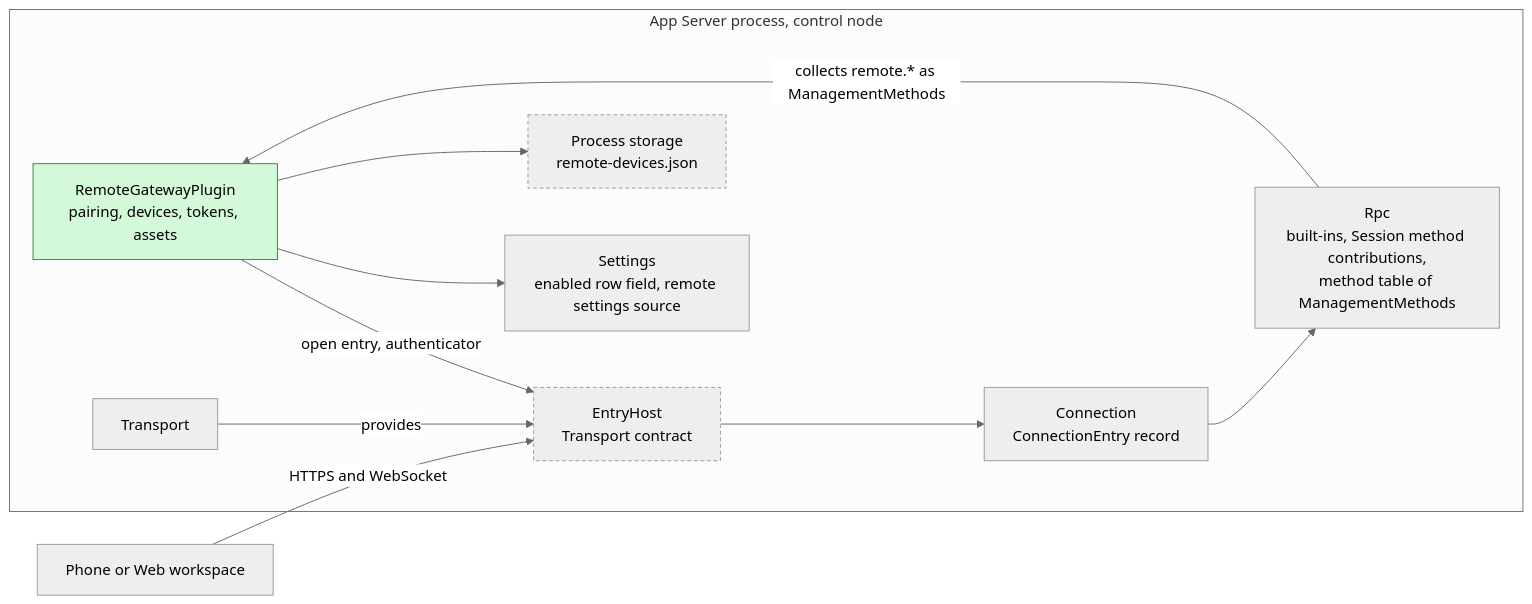
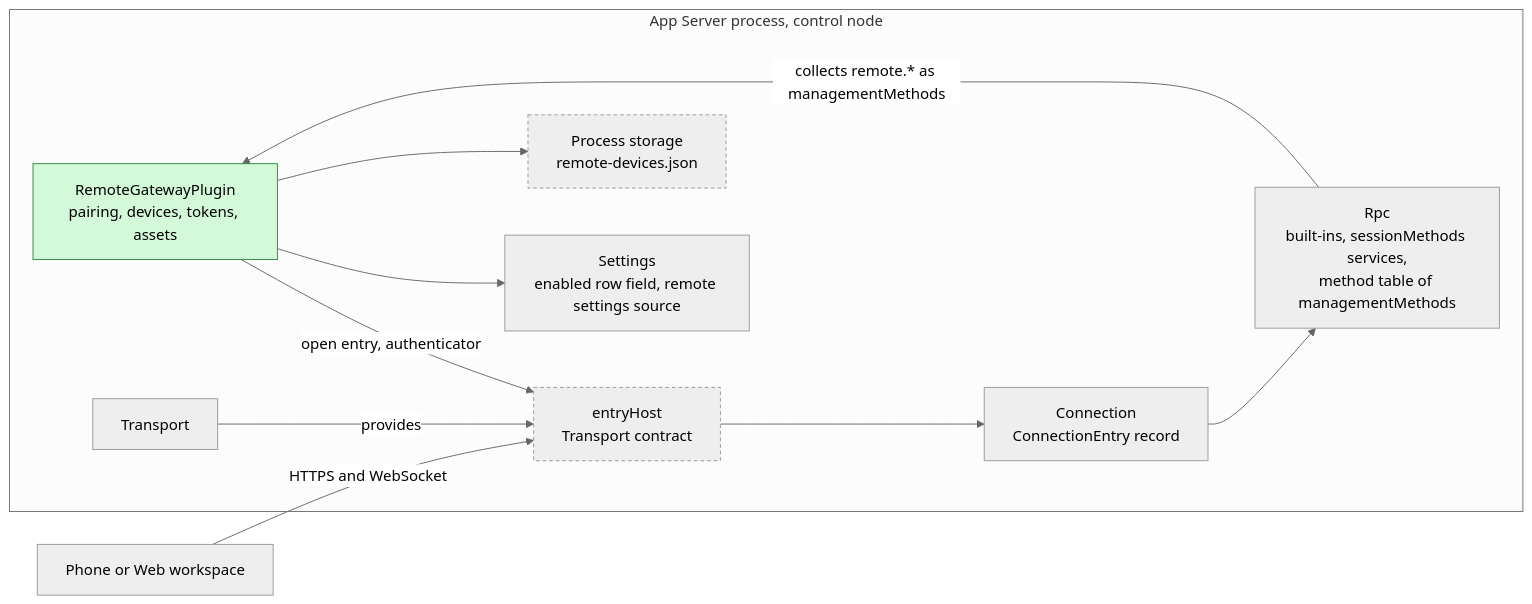
Before and after one commit to CoutinhoTTS/dim-agent: the first of 6 diagrams in docs/design/plugins/RemoteGateway.md, drawn with Mermaid (neutral theme). The commit also changed other lines of this file and 2 other files, not shown here.

Commit message:
docs(design): language-neutral contracts and node-offline rule for Modality, PluginManager and RemoteGateway

````diff
--- a/docs/design/plugins/RemoteGateway.md
+++ b/docs/design/plugins/RemoteGateway.md
@@ -9,23 +9,23 @@
 ```mermaid
 flowchart LR
   subgraph P["App Server process, control node"]
     RG["RemoteGatewayPlugin<br/>pairing, devices, tokens, assets"]:::new
-    EH["EntryHost<br/>Transport contract"]:::contract
+    EH["entryHost<br/>Transport contract"]:::contract
     TR["Transport"]
     CONN["Connection<br/>ConnectionEntry record"]
-    RPC["Rpc<br/>built-ins, Session method contributions,<br/>method table of ManagementMethods"]
+    RPC["Rpc<br/>built-ins, sessionMethods services,<br/>method table of managementMethods"]
     SET["Settings<br/>enabled row field, remote settings source"]
     PST["Process storage<br/>remote-devices.json"]:::contract
   end
   DEV["Phone or Web workspace"]
   DEV -->|"HTTPS and WebSocket"| EH
   RG -->|"open entry, authenticator"| EH
   TR -->|"provides"| EH
   EH --> CONN
   CONN --> RPC
-  RPC -->|"collects remote.* as ManagementMethods"| RG
+  RPC -->|"collects remote.* as managementMethods"| RG
   RG --> SET
   RG --> PST
   classDef new fill:#d3f9d8,stroke:#2b8a3e,color:#000
   classDef contract stroke-dasharray:4 3
 ```
````
